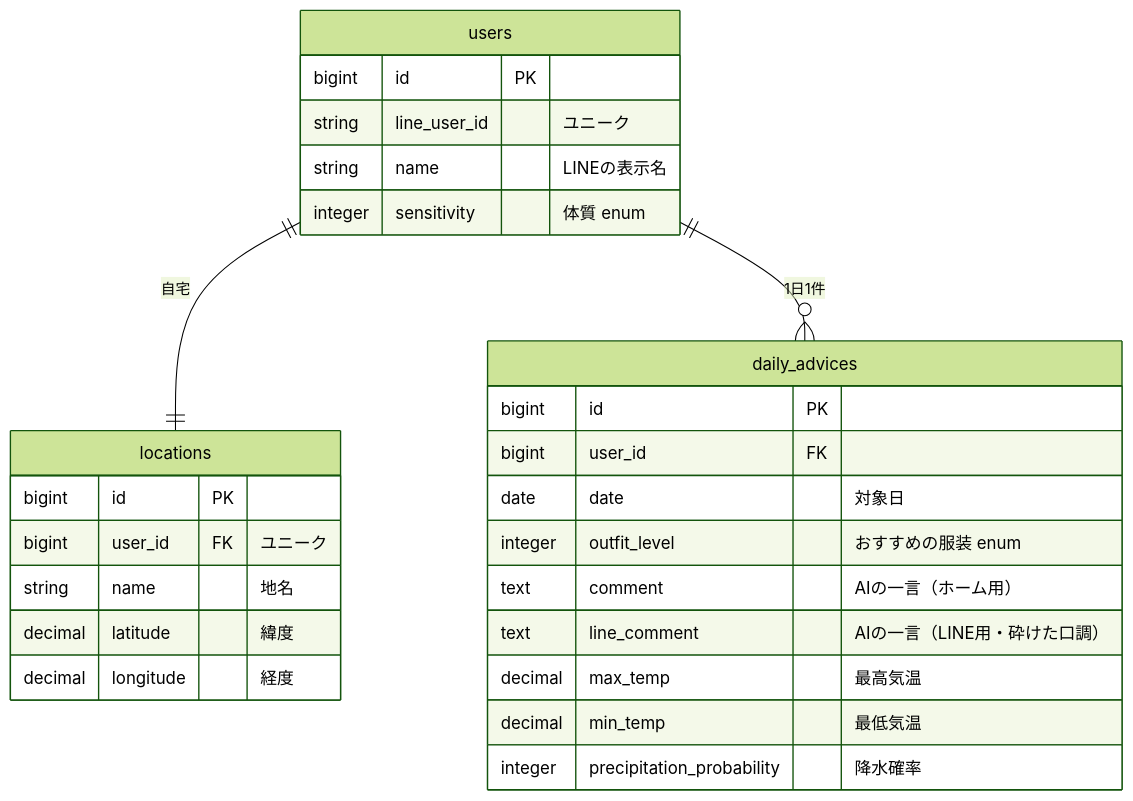
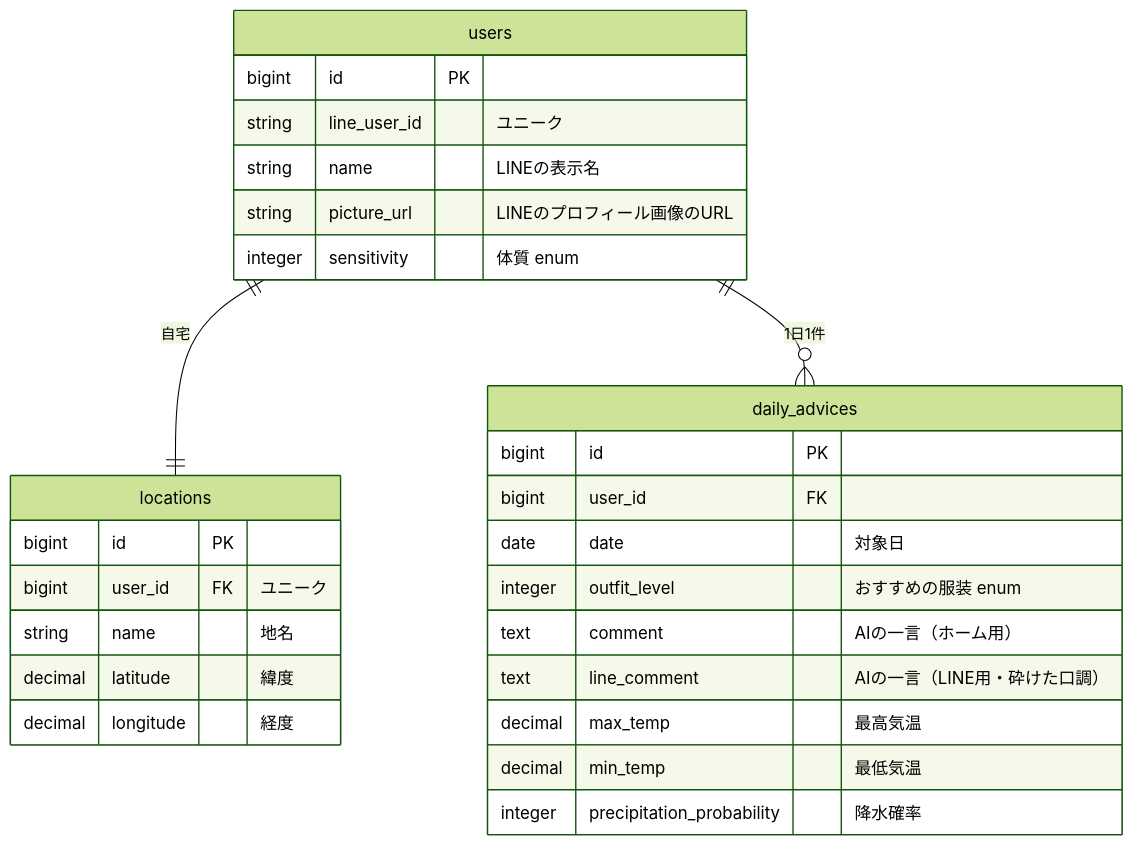
Before and after one commit to maichi917/kyo-nani-kiteku: the diagram in README.md, drawn with Mermaid (forest theme). The commit also changed 1 other file, not shown here.

Commit message:
docs: LINE ログインとアイコン表示の判断を追記 (#5)
- 22番（LINE ログインは gem を使わない、state とセッションの作り直し）を追加
- 23番（ログイン中は LINE のアイコンだけを出す）を追加
- ER 図の users に picture_url を追加

````diff
--- a/README.md
+++ b/README.md
@@ -46,32 +46,33 @@
 ```mermaid
 erDiagram
   users ||--|| locations : "自宅"
   users ||--o{ daily_advices : "1日1件"
 
   users {
     bigint id PK
     string line_user_id "ユニーク"
     string name "LINEの表示名"
+    string picture_url "LINEのプロフィール画像のURL"
     integer sensitivity "体質 enum"
   }
 
   locations {
     bigint id PK
     bigint user_id FK "ユニーク"
     string name "地名"
     decimal latitude "緯度"
     decimal longitude "経度"
   }
 
   daily_advices {
     bigint id PK
     bigint user_id FK
     date date "対象日"
     integer outfit_level "おすすめの服装 enum"
     text comment "AIの一言（ホーム用）"
     text line_comment "AIの一言（LINE用・砕けた口調）"
     decimal max_temp "最高気温"
     decimal min_temp "最低気温"
     integer precipitation_probability "降水確率"
   }
 ```
````
